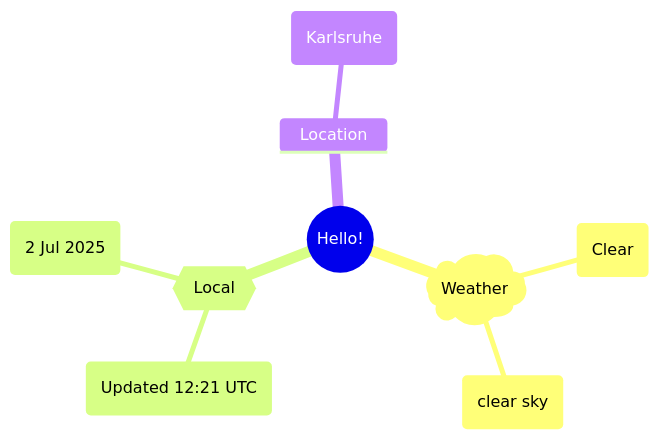
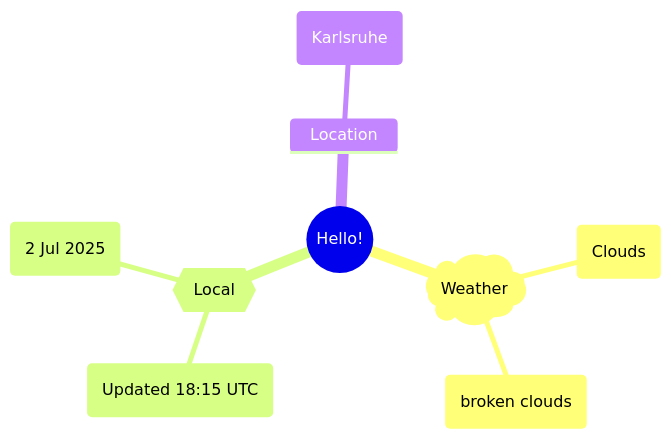
One commit to Xosrov/Xosrov changed the first of 2 diagrams in README.md. Above: the diagram before and after it, drawn with Mermaid.

Commit message:
[bot] updated images

````diff
--- a/README.md
+++ b/README.md
@@ -3,12 +3,12 @@
 ```mermaid
 mindmap
   root((Hello!))
     )Weather(
-        (Clear)
-        (clear sky)
+        (Clouds)
+        (broken clouds)
     {{Local}}
-        (Updated 12:21 UTC)
+        (Updated 18:15 UTC)
         (2 Jul 2025)
     Location
         (Karlsruhe)
 ```
````
